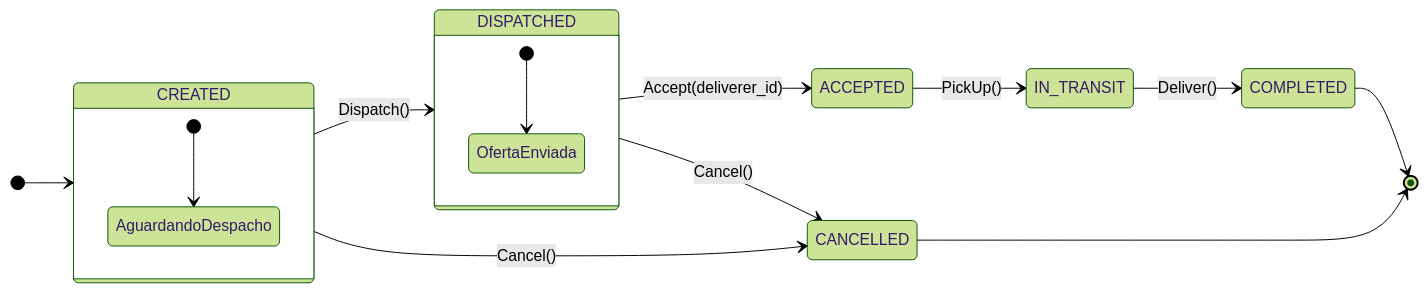
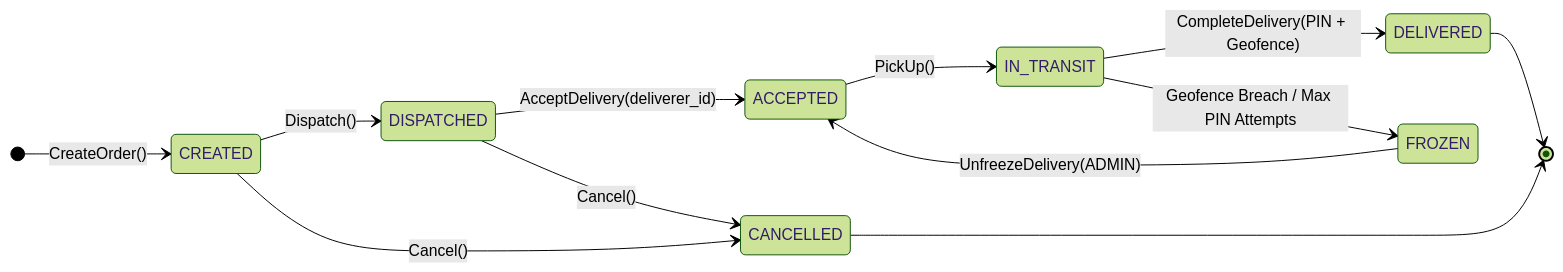
Before and after one commit to DioGolang/projeto-integrador-4: the second of 2 diagrams in README.md, drawn with Mermaid (forest theme). The commit also changed other lines of this file, not shown here.

````diff
--- a/README.md
+++ b/README.md
@@ -119,25 +101,18 @@
 ```mermaid
 stateDiagram-v2
     direction LR
-    [*] --> CREATED
+    [*] --> CREATED: CreateOrder()
+    CREATED --> DISPATCHED: Dispatch()
+    CREATED --> CANCELLED: Cancel()
     
-    state CREATED {
-        [*] --> AguardandoDespacho
-    }
+    DISPATCHED --> ACCEPTED: AcceptDelivery(deliverer_id)
+    DISPATCHED --> CANCELLED: Cancel()
 
-    CREATED --> DISPATCHED : Dispatch()
-    CREATED --> CANCELLED : Cancel()
+    ACCEPTED --> IN_TRANSIT: PickUp()
+    IN_TRANSIT --> DELIVERED: CompleteDelivery(PIN + Geofence)
+    IN_TRANSIT --> FROZEN: Geofence Breach / Max PIN Attempts
+    FROZEN --> ACCEPTED: UnfreezeDelivery(ADMIN)
     
-    state DISPATCHED {
-       [*] --> OfertaEnviada
-    }
-
-    DISPATCHED --> ACCEPTED : Accept(deliverer_id)
-    DISPATCHED --> CANCELLED : Cancel()
-
-    ACCEPTED --> IN_TRANSIT : PickUp()
-    IN_TRANSIT --> COMPLETED : Deliver()
-    
-    COMPLETED --> [*]
+    DELIVERED --> [*]
     CANCELLED --> [*]
 ```
````
